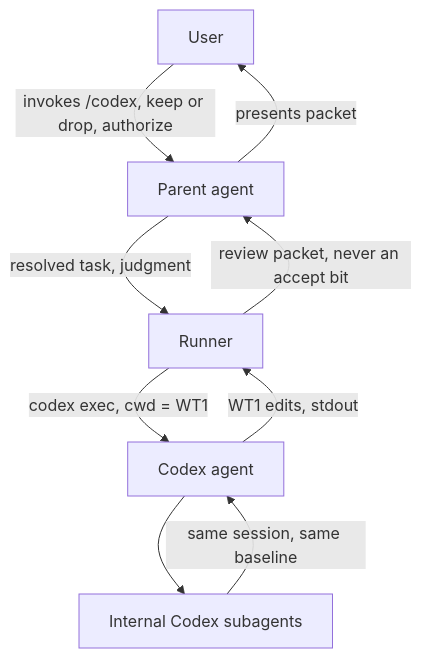
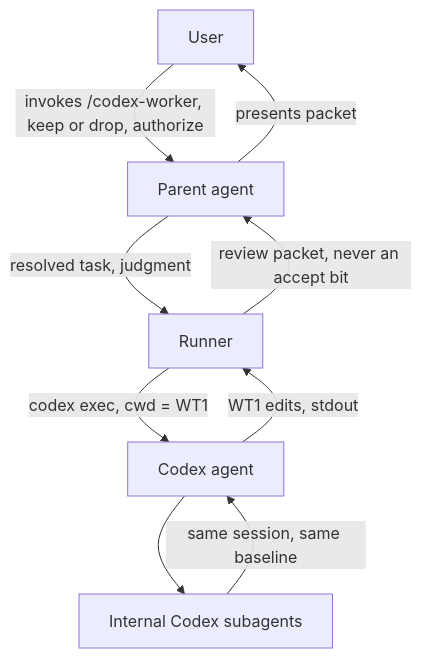
One commit to wenhao-shi/codex-worker-skill changed the first of 10 diagrams in design/architecture.md. Above: the diagram before and after it, drawn with Mermaid. The commit also changed other lines of this file and 8 other files, not shown here.

First line of the commit message:
Rename to /codex-worker and let the parent pick model and effort from a local catalog.

````diff
--- a/design/architecture.md
+++ b/design/architecture.md
@@ -15,17 +15,17 @@
 ```mermaid
 flowchart TB
   USER[User]
   PARENT[Parent agent]
   RUNNER[Runner]
   CODEX[Codex agent]
   WORKERS[Internal Codex subagents]
 
-  USER -->|"invokes /codex, keep or drop, authorize"| PARENT
+  USER -->|"invokes /codex-worker, keep or drop, authorize"| PARENT
   PARENT -->|"resolved task, judgment"| RUNNER
   RUNNER -->|"codex exec, cwd = WT1"| CODEX
   CODEX --> WORKERS
   WORKERS -->|"same session, same baseline"| CODEX
   CODEX -->|"WT1 edits, stdout"| RUNNER
   RUNNER -->|"review packet, never an accept bit"| PARENT
   PARENT -->|"presents packet"| USER
 ```
````
